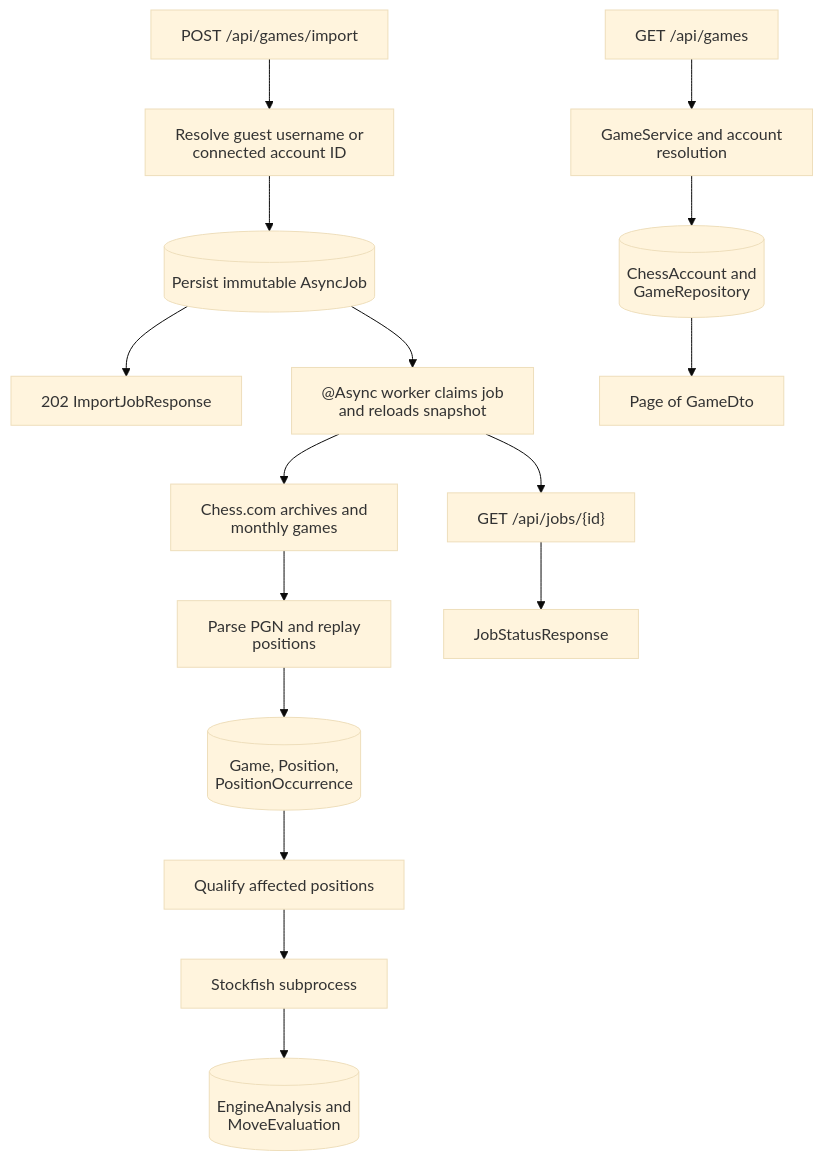
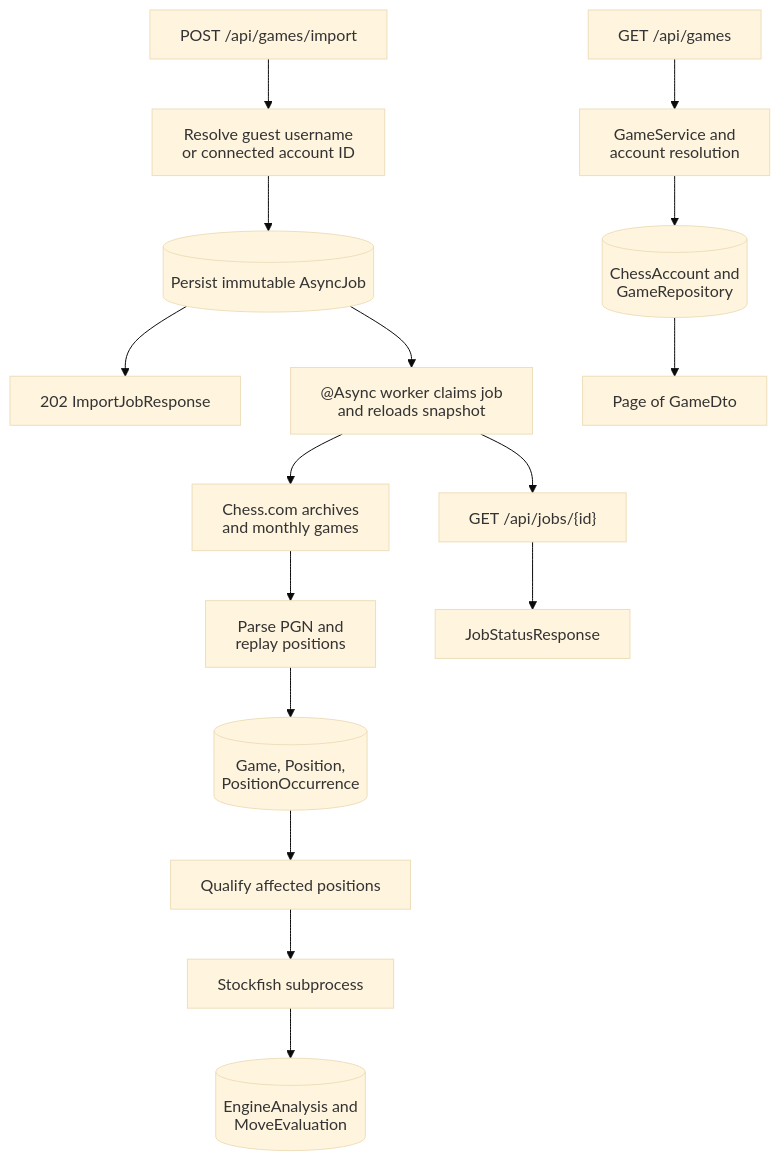
One commit to NathanZK/ChessEcho changed the fourth of 11 diagrams in docs/architecture/backend-architecture.md. Above: the diagram before and after it, drawn with Mermaid (base theme). The commit also changed other lines of this file and 13 other files, not shown here.

Commit message:
docs(architecture): reconcile ChessProbe documentation architecture, system topology, API contract, and testing specifications (#785)

````diff
--- a/docs/architecture/backend-architecture.md
+++ b/docs/architecture/backend-architecture.md
@@ -119,19 +166,19 @@
 ```mermaid
 %%{init: {"htmlLabels": false, "flowchart": {"htmlLabels": false}}}%%
 flowchart TB
-    Start[POST /api/games/import] --> Own[Resolve guest username or connected account ID]
+    Start[POST /api/games/import] --> Own["Resolve guest username<br/>or connected account ID"]
     Own --> Job[(Persist immutable AsyncJob)]
     Job --> Accepted[202 ImportJobResponse]
-    Job --> Worker["@Async worker claims job and reloads snapshot"]
-    Worker --> PubAPI[Chess.com archives and monthly games]
-    PubAPI --> Parse[Parse PGN and replay positions]
-    Parse --> UserData[(Game, Position, PositionOccurrence)]
+    Job --> Worker["@Async worker claims job<br/>and reloads snapshot"]
+    Worker --> PubAPI["Chess.com archives<br/>and monthly games"]
+    PubAPI --> Parse["Parse PGN and<br/>replay positions"]
+    Parse --> UserData[("Game, Position,<br/>PositionOccurrence")]
     UserData --> Qualify[Qualify affected positions]
     Qualify --> Stockfish[Stockfish subprocess]
-    Stockfish --> EngineData[(EngineAnalysis and MoveEvaluation)]
+    Stockfish --> EngineData[("EngineAnalysis and<br/>MoveEvaluation")]
     Worker --> Poll["GET /api/jobs/{id}"]
     Poll --> Status[JobStatusResponse]
-    Games[GET /api/games] --> GameService[GameService and account resolution]
-    GameService --> GameRows[(ChessAccount and GameRepository)]
+    Games[GET /api/games] --> GameService["GameService and<br/>account resolution"]
+    GameService --> GameRows[("ChessAccount and<br/>GameRepository")]
     GameRows --> GamePage[Page of GameDto]
 ```
````
